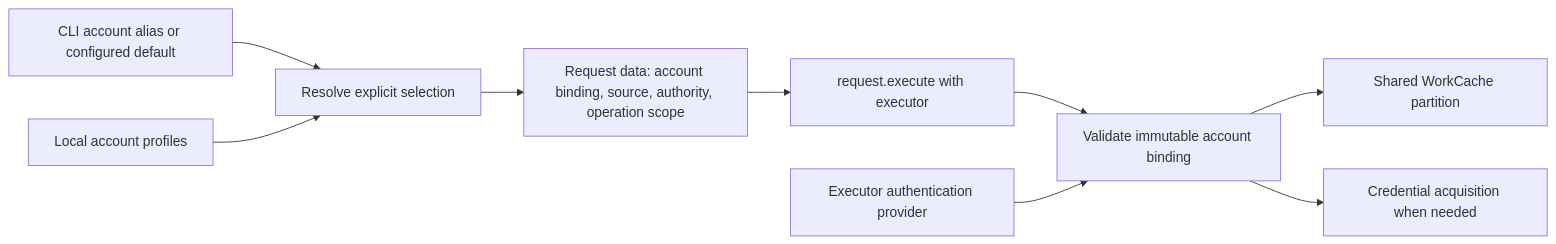
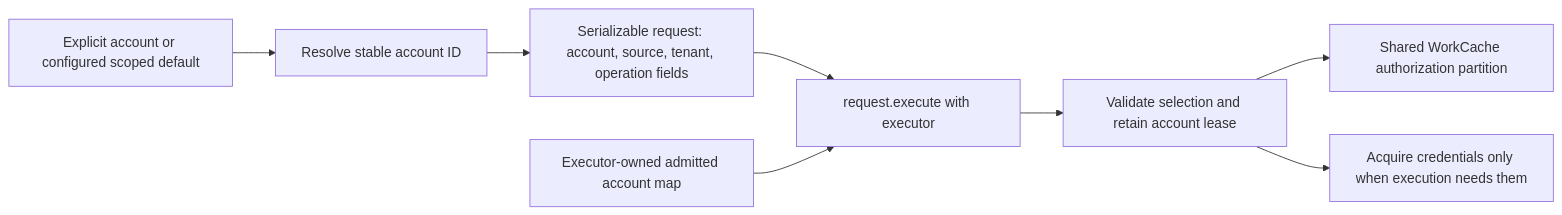
The diagram in docs/plans/accounts-runtime-tests-and-requests.md (AAFC-Cloud/Cloud-Terrastodon), drawn with Mermaid before and after one commit. The commit also changed other lines of this file and 41 other files, not shown here.

````diff
--- a/docs/plans/accounts-runtime-tests-and-requests.md
+++ b/docs/plans/accounts-runtime-tests-and-requests.md
@@ -98,11 +50,10 @@
 ```mermaid
 flowchart LR
-    CLI[CLI account alias or configured default] --> Resolve[Resolve explicit selection]
-    Profiles[Local account profiles] --> Resolve
-    Resolve --> Request[Request data: account binding, source, authority, operation scope]
+    CLI[Explicit account or configured scoped default] --> Resolve[Resolve stable account ID]
+    Resolve --> Request[Serializable request: account, source, tenant, operation fields]
     Request --> Execute[request.execute with executor]
-    Execute --> Admit[Validate immutable account binding]
-    Provider[Executor authentication provider] --> Admit
-    Admit --> Cache[Shared WorkCache partition]
-    Admit --> Credentials[Credential acquisition when needed]
+    Provider[Executor-owned admitted account map] --> Execute
+    Execute --> Admission[Validate selection and retain account lease]
+    Admission --> Cache[Shared WorkCache authorization partition]
+    Admission --> Credentials[Acquire credentials only when execution needs them]
 ```
````
